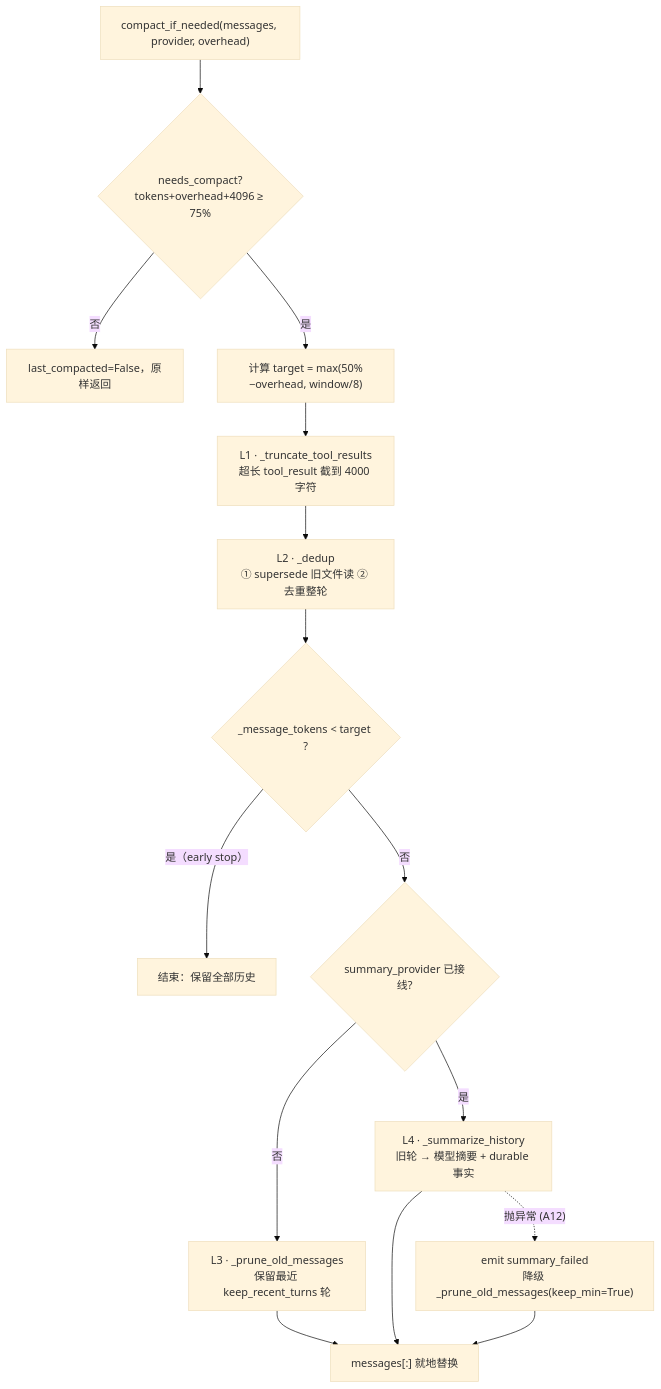
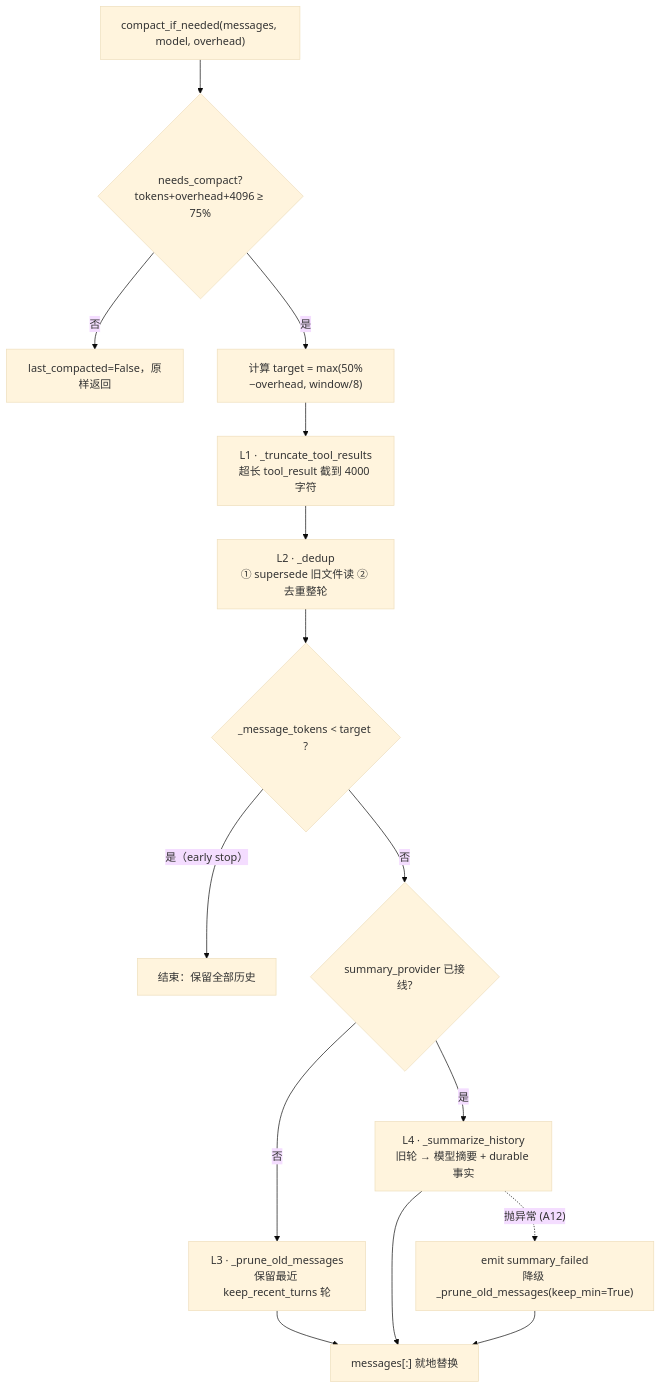
Before and after one commit to andyxu1234/soul_buddy: the second of 9 diagrams in docs/modules/16-compact.md, drawn with Mermaid (base theme). The commit also changed other lines of this file and 61 other files, not shown here.

````diff
--- a/docs/modules/16-compact.md
+++ b/docs/modules/16-compact.md
@@ -104,17 +117,17 @@
 ```mermaid
 flowchart TD
-    S["compact_if_needed(messages, provider, overhead)"] --> N{"needs_compact?<br/>tokens+overhead+4096 ≥ 75%"}
+    S["compact_if_needed(messages, model, overhead)"] --> N{"needs_compact?<br/>tokens+overhead+4096 ≥ 75%"}
     N -- "否" --> STOP["last_compacted=False，原样返回"]
     N -- "是" --> T["计算 target = max(50%−overhead, window/8)"]
     T --> L1["L1 · _truncate_tool_results<br/>超长 tool_result 截到 4000 字符"]
     L1 --> L2["L2 · _dedup<br/>① supersede 旧文件读 ② 去重整轮"]
     L2 --> E{"_message_tokens &lt; target ?"}
     E -- "是（early stop）" --> DONE["结束：保留全部历史"]
     E -- "否" --> SP{"summary_provider 已接线?"}
     SP -- "否" --> L3["L3 · _prune_old_messages<br/>保留最近 keep_recent_turns 轮"]
     SP -- "是" --> L4["L4 · _summarize_history<br/>旧轮 → 模型摘要 + durable 事实"]
     L4 -. "抛异常 (A12)" .-> DEGRADE["emit summary_failed<br/>降级 _prune_old_messages(keep_min=True)"]
     L3 --> DONE2["messages[:] 就地替换"]
     L4 --> DONE2
     DEGRADE --> DONE2
 ```
````
